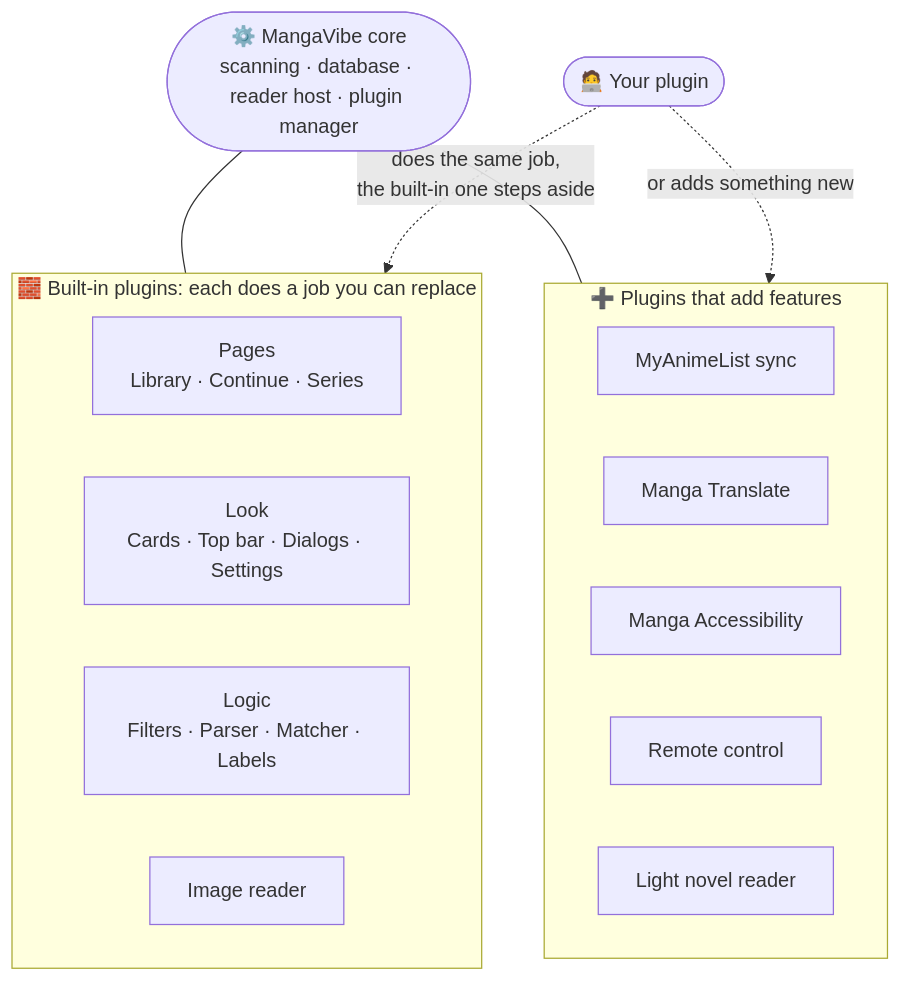
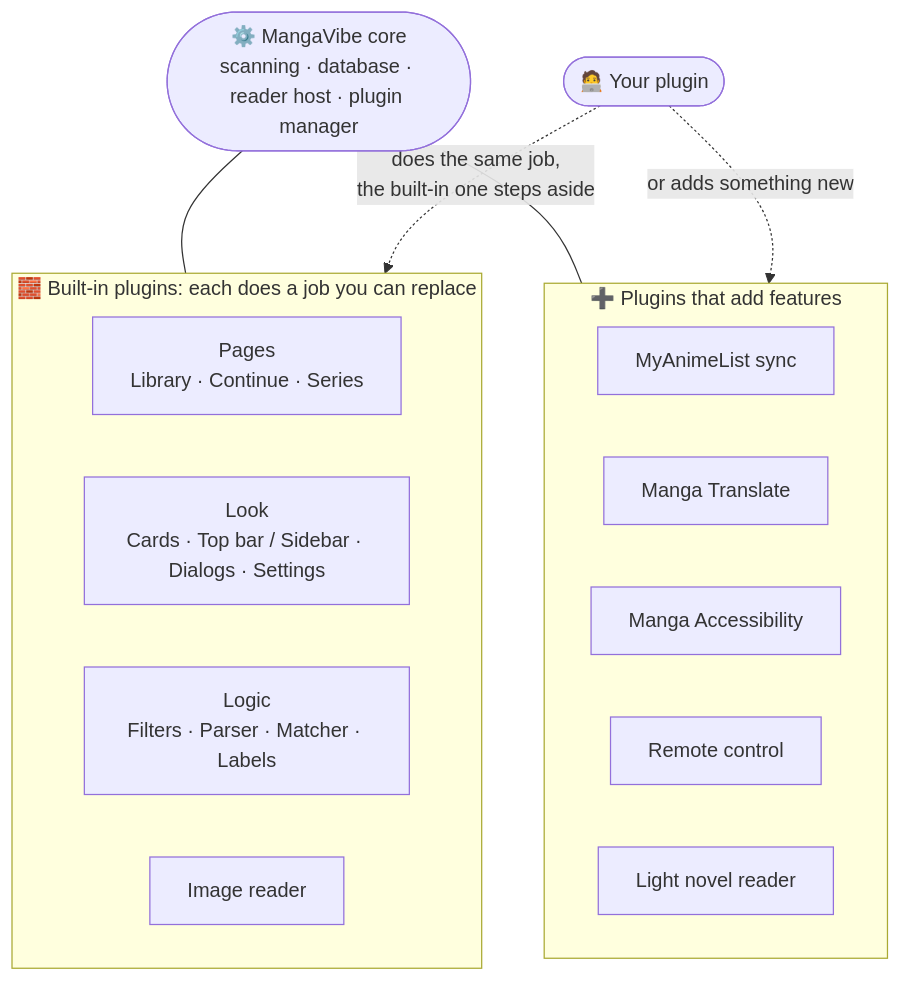
Before and after one commit to ivokolarov0/manga-vibe: the first of 2 diagrams in README.md, drawn with Mermaid. The commit also changed other lines of this file and 13 other files, not shown here.

First line of the commit message:
Sidebar navigation plugin, and one row per job in Settings → Plugins

````diff
--- a/README.md
+++ b/README.md
@@ -206,26 +206,26 @@
 ```mermaid
 flowchart TB
     core(["⚙️ MangaVibe core<br/>scanning · database · reader host · plugin manager"])
 
     subgraph builtin["🧱 Built-in plugins: each does a job you can replace"]
         pages["Pages<br/>Library · Continue · Series"]
-        look["Look<br/>Cards · Top bar · Dialogs · Settings"]
+        look["Look<br/>Cards · Top bar / Sidebar · Dialogs · Settings"]
         logic["Logic<br/>Filters · Parser · Matcher · Labels"]
         reader["Image reader"]
     end
 
     subgraph added["➕ Plugins that add features"]
         sync["MyAnimeList sync"]
         tr["Manga Translate"]
         a11y["Manga Accessibility"]
         mcp["Remote control"]
         ln["Light novel reader"]
     end
 
     yours(["🧑‍💻 Your plugin"])
 
     core --- builtin
     core --- added
     yours -. "does the same job,<br/>the built-in one steps aside" .-> builtin
     yours -. "or adds something new" .-> added
 ```
````
